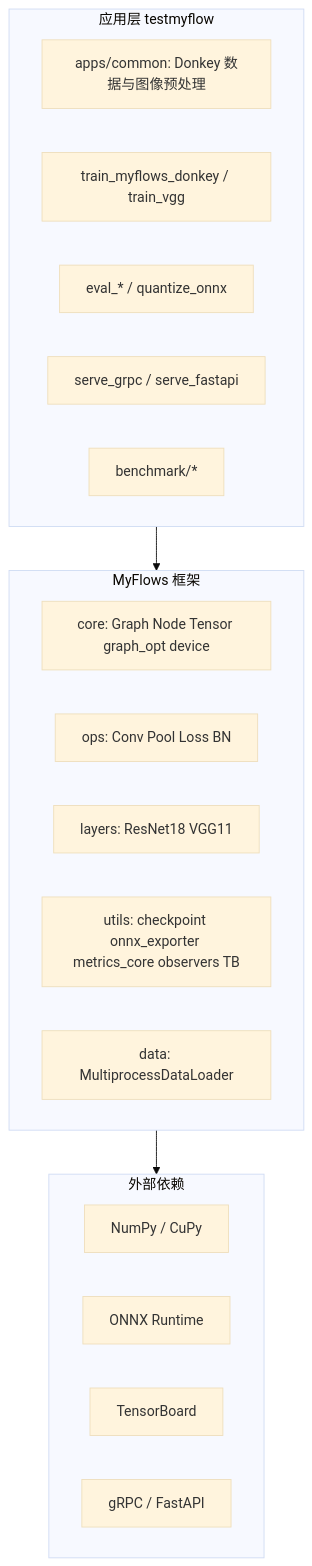
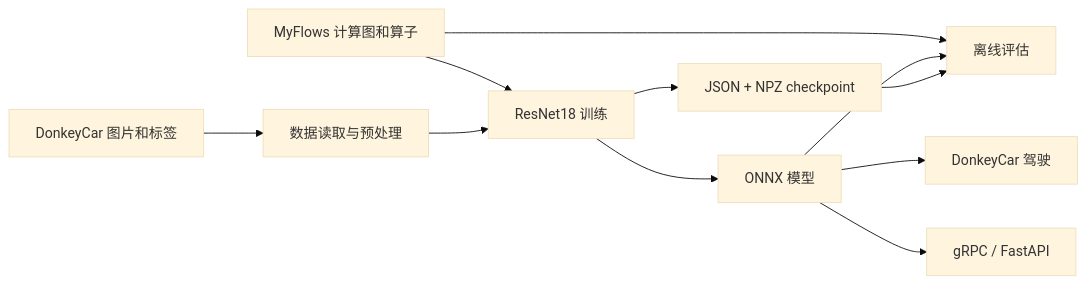
Before and after one commit to FGH-sudo/myflows-donkeycar: the diagram in docs/system_design.md, drawn with Mermaid (base theme). The commit also changed other lines of this file and 12 other files, not shown here.

````diff
--- a/docs/system_design.md
+++ b/docs/system_design.md
@@ -9,25 +18,13 @@
-```mermaid
-flowchart TB
-  subgraph app [应用层 testmyflow]
-    common[apps/common: Donkey 数据与图像预处理]
-    train[train_myflows_donkey / train_vgg]
-    eval[eval_* / quantize_onnx]
-    serve[serve_grpc / serve_fastapi]
-    bench[benchmark/*]
-  end
-  subgraph fw [MyFlows 框架]
-    core[core: Graph Node Tensor graph_opt device]
-    ops[ops: Conv Pool Loss BN]
-    layers[layers: ResNet18 VGG11]
-    utils[utils: checkpoint onnx_exporter metrics_core observers TB]
-    data[data: MultiprocessDataLoader]
-  end
-  subgraph ext [外部依赖]
-    np[NumPy / CuPy]
-    ort[ONNX Runtime]
-    tb[TensorBoard]
-    grpc[gRPC / FastAPI]
-  end
-  app --> fw
-  fw --> ext
-```
+~~~mermaid
+flowchart LR
+  data[DonkeyCar 图片和标签] --> common[数据读取与预处理]
+  common --> train[ResNet18 训练]
+  train --> checkpoint[JSON + NPZ checkpoint]
+  train --> onnx[ONNX 模型]
+  checkpoint --> eval[离线评估]
+  onnx --> eval
+  onnx --> pilot[DonkeyCar 驾驶]
+  onnx --> serve[gRPC / FastAPI]
+  framework[MyFlows 计算图和算子] --> train
+  framework --> eval
+~~~
````
